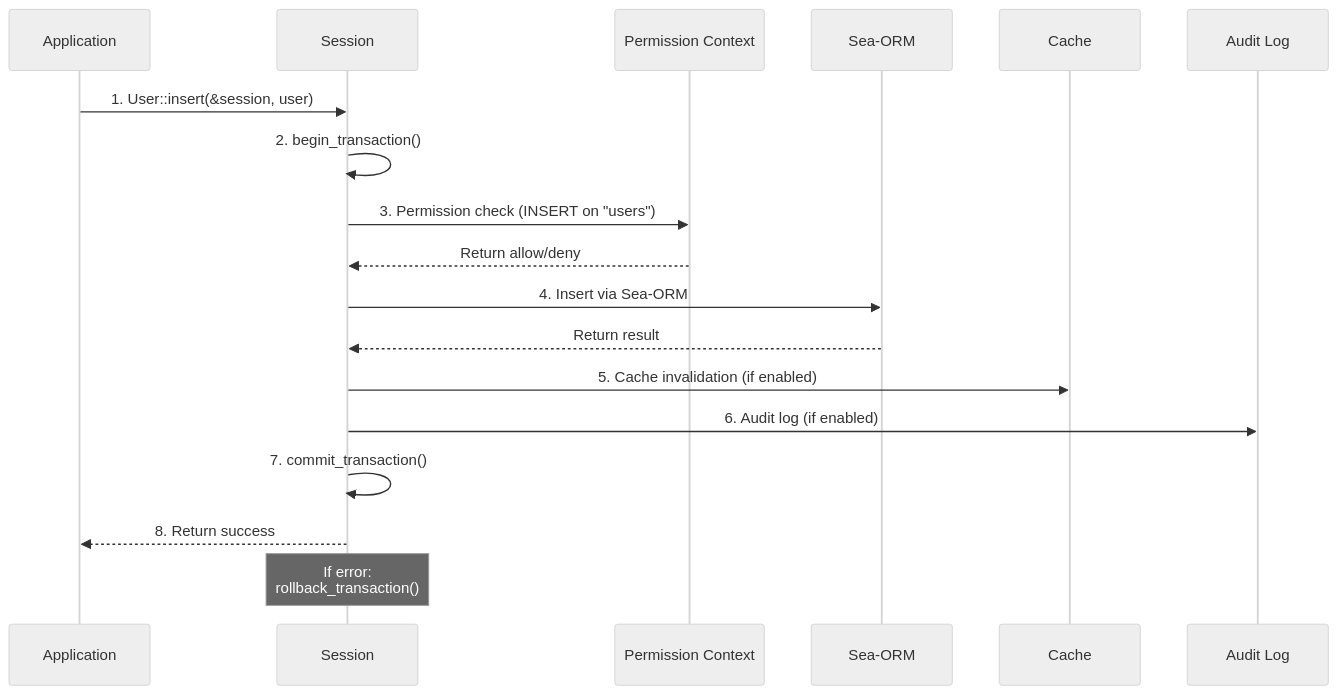
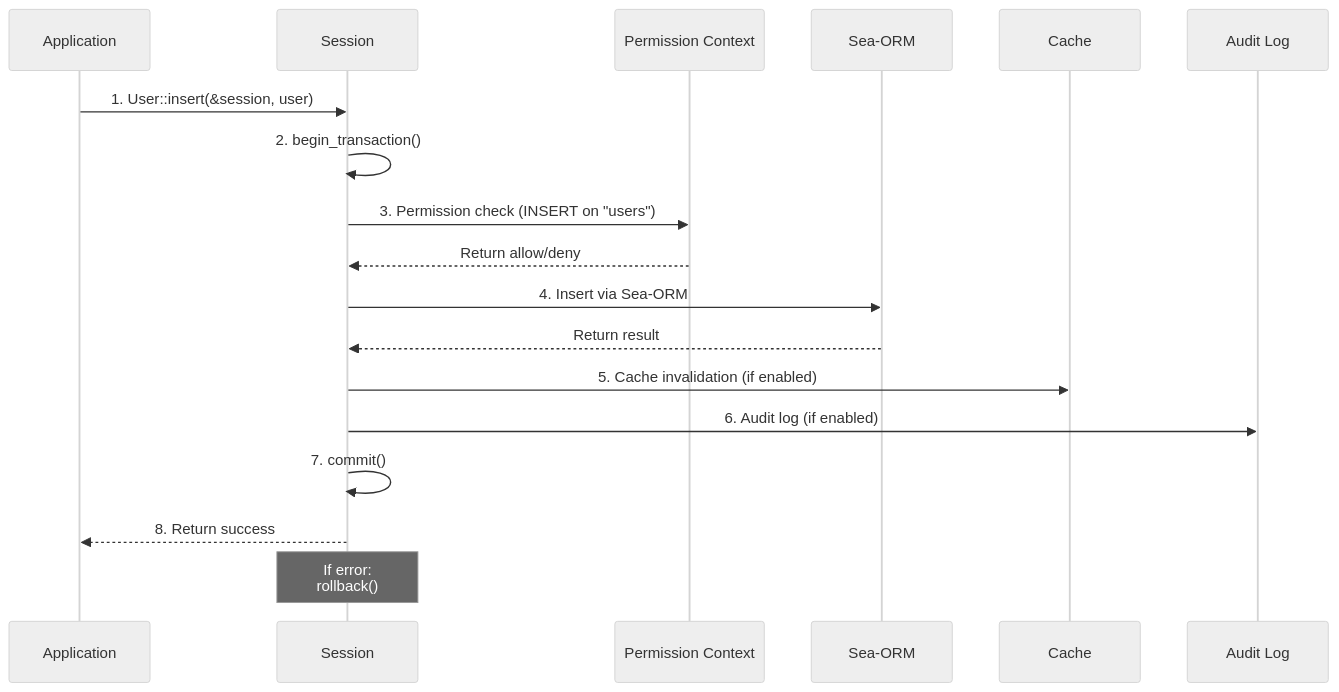
The ninth of 14 diagrams in docs/ARCHITECTURE.md (Kirky-X/dbnexus), drawn with Mermaid (neutral theme) before and after one commit. The commit also changed other lines of this file and 4 other files, not shown here.

````diff
--- a/docs/ARCHITECTURE.md
+++ b/docs/ARCHITECTURE.md
@@ -698,26 +698,26 @@
 ```mermaid
 sequenceDiagram
     participant App as Application
     participant Session as Session
     participant PermCtx as Permission Context
     participant SeaORM as Sea-ORM
     participant Cache as Cache
     participant Audit as Audit Log
 
     App->>Session: 1. User::insert(&session, user)
     Session->>Session: 2. begin_transaction()
 
     Session->>PermCtx: 3. Permission check (INSERT on "users")
     PermCtx-->>Session: Return allow/deny
 
     Session->>SeaORM: 4. Insert via Sea-ORM
     SeaORM-->>Session: Return result
 
     Session->>Cache: 5. Cache invalidation (if enabled)
     Session->>Audit: 6. Audit log (if enabled)
 
-    Session->>Session: 7. commit_transaction()
+    Session->>Session: 7. commit()
     Session-->>App: 8. Return success
 
-    Note over Session: If error:<br/>rollback_transaction()
+    Note over Session: If error:<br/>rollback()
 ```
````
